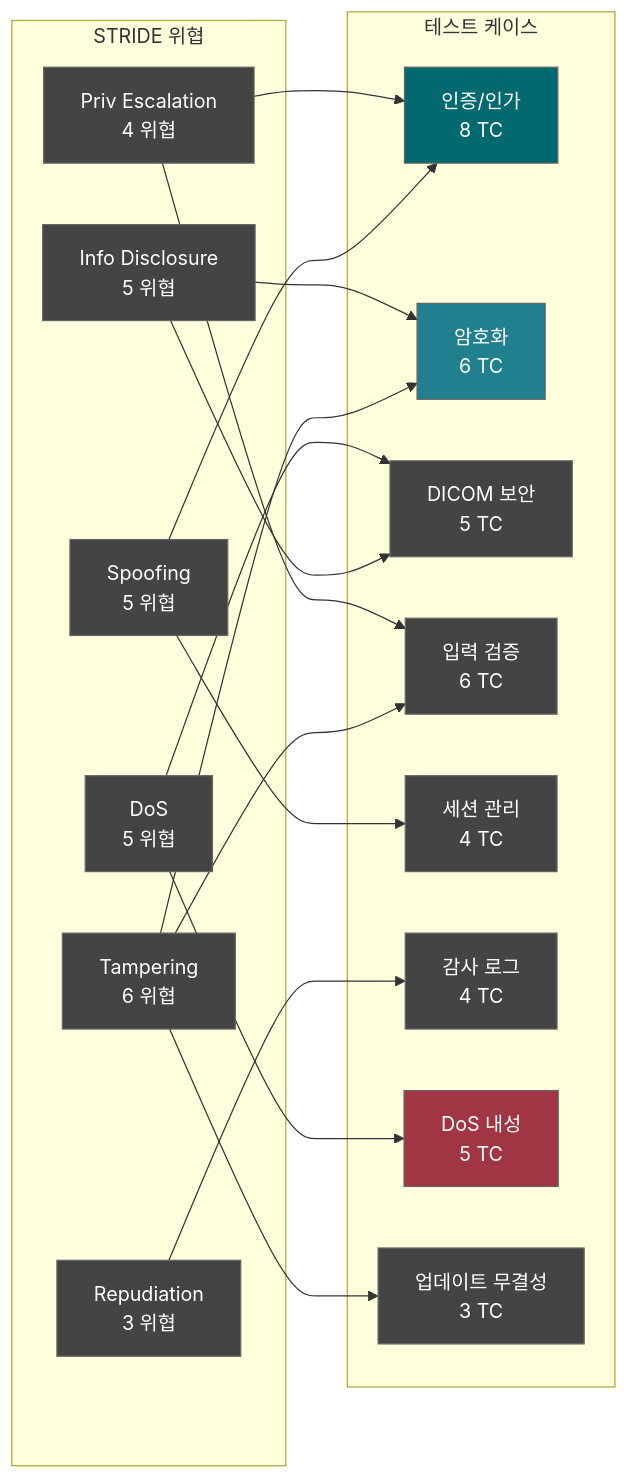
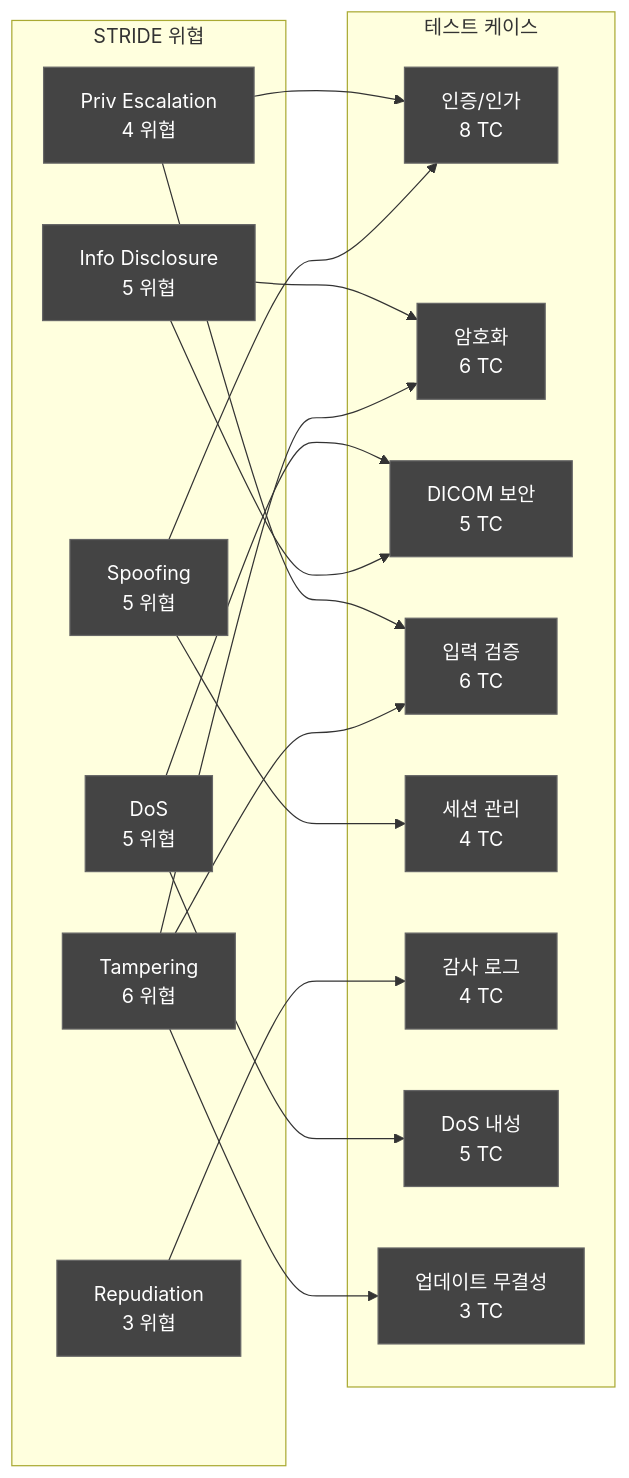
The second of 5 diagrams in docs/testing/DOC-018_CyberTestPlan_v1.0.md (holee9/console-gui), drawn with Mermaid before and after one commit. The commit also changed other lines of this file and 35 other files, not shown here.

First line of the commit message:
fix: 전체 Mermaid 차트 색상 진한 회색 통일

````diff
--- a/docs/testing/DOC-018_CyberTestPlan_v1.0.md
+++ b/docs/testing/DOC-018_CyberTestPlan_v1.0.md
@@ -122,38 +122,38 @@
 ```mermaid
 graph LR
     classDef default fill:#444,stroke:#666,color:#fff
     subgraph "STRIDE 위협"
         S[Spoofing<br/>5 위협]
         T[Tampering<br/>6 위협]
         R[Repudiation<br/>3 위협]
         I[Info Disclosure<br/>5 위협]
         D[DoS<br/>5 위협]
         E[Priv Escalation<br/>4 위협]
     end
     subgraph "테스트 케이스"
         TC_AUTH[인증/인가<br/>8 TC]
         TC_ENC[암호화<br/>6 TC]
         TC_DICOM[DICOM 보안<br/>5 TC]
         TC_INJ[입력 검증<br/>6 TC]
         TC_SESS[세션 관리<br/>4 TC]
         TC_LOG[감사 로그<br/>4 TC]
         TC_DOS[DoS 내성<br/>5 TC]
         TC_UPD[업데이트 무결성<br/>3 TC]
     end
     S --> TC_AUTH
     S --> TC_SESS
     T --> TC_ENC
     T --> TC_INJ
     T --> TC_UPD
     R --> TC_LOG
     I --> TC_ENC
     I --> TC_DICOM
     D --> TC_DOS
     D --> TC_DICOM
     E --> TC_AUTH
     E --> TC_INJ
     
-    style TC_AUTH fill:#01696F,color:#fff
-    style TC_ENC fill:#20808D,color:#fff
-    style TC_DOS fill:#A13544,color:#fff
+    style TC_AUTH fill:#444,color:#fff
+    style TC_ENC fill:#444,color:#fff
+    style TC_DOS fill:#444,color:#fff
 ```
````
